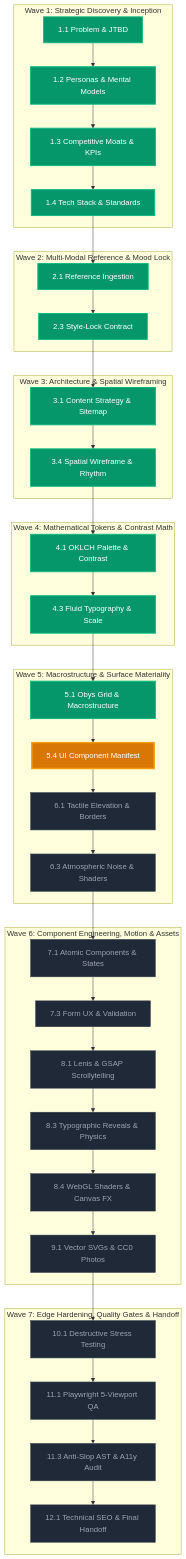
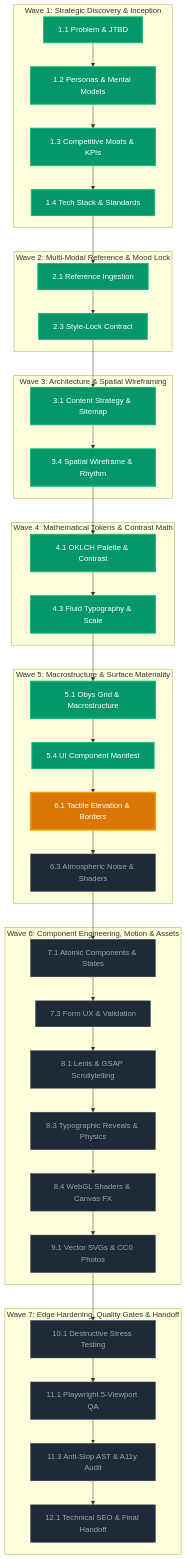
One commit to atinek-182/Vidya-Dham-Academy changed the diagram in docs/DESIGN_MAP.mermaid. Above: the diagram before and after it, drawn with Mermaid. The commit also changed 6 other files, not shown here.

Commit message:
[EVOLVE]: Phase 5.4 UI component manifest and state matrix completed

````diff
--- a/docs/DESIGN_MAP.mermaid
+++ b/docs/DESIGN_MAP.mermaid
@@ -1,51 +1,51 @@
 ```mermaid
 graph TD
   subgraph WAVE_1 ["Wave 1: Strategic Discovery & Inception"]
     P1_1["1.1 Problem & JTBD"]:::completed --> P1_2["1.2 Personas & Mental Models"]:::completed
     P1_2 --> P1_3["1.3 Competitive Moats & KPIs"]:::completed
     P1_3 --> P1_4["1.4 Tech Stack & Standards"]:::completed
   end
 
   subgraph WAVE_2 ["Wave 2: Multi-Modal Reference & Mood Lock"]
     P2_1["2.1 Reference Ingestion"]:::completed --> P2_3["2.3 Style-Lock Contract"]:::completed
   end
 
   subgraph WAVE_3 ["Wave 3: Architecture & Spatial Wireframing"]
     P3_1["3.1 Content Strategy & Sitemap"]:::completed --> P3_4["3.4 Spatial Wireframe & Rhythm"]:::completed
   end
 
   subgraph WAVE_4 ["Wave 4: Mathematical Tokens & Contrast Math"]
     P4_1["4.1 OKLCH Palette & Contrast"]:::completed --> P4_3["4.3 Fluid Typography & Scale"]:::completed
   end
 
   subgraph WAVE_5 ["Wave 5: Macrostructure & Surface Materiality"]
-    P5_1["5.1 Obys Grid & Macrostructure"]:::completed --> P5_4["5.4 UI Component Manifest"]:::active
-    P5_4 --> P6_1["6.1 Tactile Elevation & Borders"]:::pending
+    P5_1["5.1 Obys Grid & Macrostructure"]:::completed --> P5_4["5.4 UI Component Manifest"]:::completed
+    P5_4 --> P6_1["6.1 Tactile Elevation & Borders"]:::active
     P6_1 --> P6_3["6.3 Atmospheric Noise & Shaders"]:::pending
   end
 
   subgraph WAVE_6 ["Wave 6: Component Engineering, Motion & Assets"]
     P7_1["7.1 Atomic Components & States"]:::pending --> P7_3["7.3 Form UX & Validation"]:::pending
     P7_3 --> P8_1["8.1 Lenis & GSAP Scrollytelling"]:::pending
     P8_1 --> P8_3["8.3 Typographic Reveals & Physics"]:::pending
     P8_3 --> P8_4["8.4 WebGL Shaders & Canvas FX"]:::pending
     P8_4 --> P9_1["9.1 Vector SVGs & CC0 Photos"]:::pending
   end
 
   subgraph WAVE_7 ["Wave 7: Edge Hardening, Quality Gates & Handoff"]
     P10_1["10.1 Destructive Stress Testing"]:::pending --> P11_1["11.1 Playwright 5-Viewport QA"]:::pending
     P11_1 --> P11_3["11.3 Anti-Slop AST & A11y Audit"]:::pending
     P11_3 --> P12_1["12.1 Technical SEO & Final Handoff"]:::pending
   end
 
   P1_4 --> P2_1
   P2_3 --> P3_1
   P3_4 --> P4_1
   P4_3 --> P5_1
   P6_3 --> P7_1
   P9_1 --> P10_1
 
   classDef completed fill:#059669,stroke:#10b981,color:#ffffff,stroke-width:2px;
   classDef active fill:#d97706,stroke:#f59e0b,color:#ffffff,stroke-width:3px;
   classDef pending fill:#1f2937,stroke:#374151,color:#9ca3af,stroke-width:1px;
 ```
````
